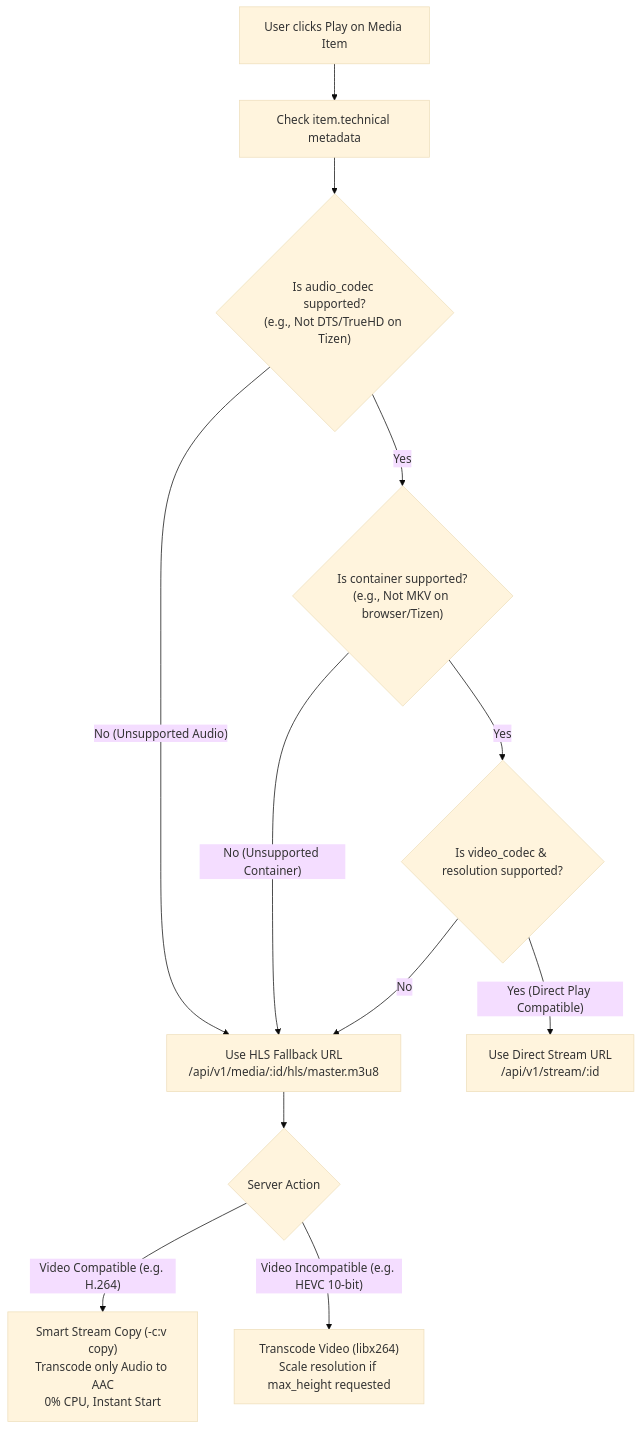
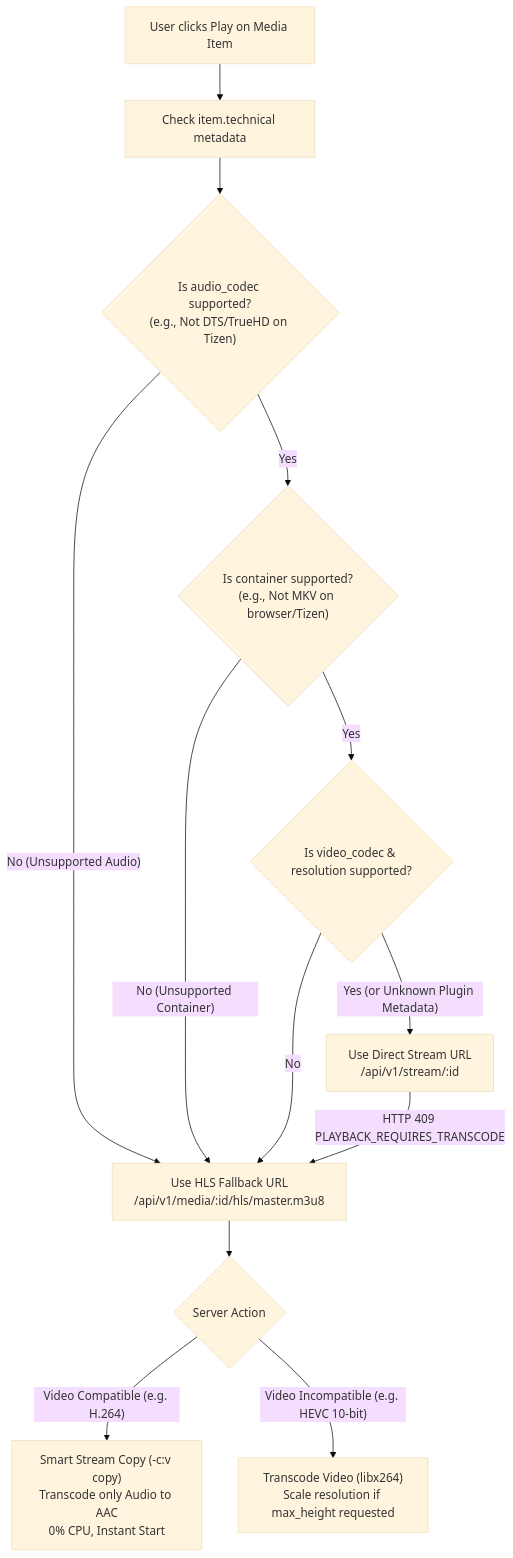
Before and after one commit to BooDy/kadr: the sixth of 10 diagrams in docs/CLIENT_GUIDE.md, drawn with Mermaid (base theme). The commit also changed other lines of this file, not shown here.

Commit message:
docs(client): document storyboard trickplay and plugin playback contracts since v0.1.3-alpha

````diff
--- a/docs/CLIENT_GUIDE.md
+++ b/docs/CLIENT_GUIDE.md
@@ -708,15 +760,16 @@
 ```mermaid
 flowchart TD
     Start["User clicks Play on Media Item"] --> FetchDetails["Check item.technical metadata"]
     FetchDetails --> CheckAudio{"Is audio_codec supported?<br/>(e.g., Not DTS/TrueHD on Tizen)"}
     CheckAudio -- "No (Unsupported Audio)" --> FallbackHLS["Use HLS Fallback URL<br/>/api/v1/media/:id/hls/master.m3u8"]
     CheckAudio -- "Yes" --> CheckContainer{"Is container supported?<br/>(e.g., Not MKV on browser/Tizen)"}
     CheckContainer -- "No (Unsupported Container)" --> FallbackHLS
     CheckContainer -- "Yes" --> CheckVideo{"Is video_codec & resolution supported?"}
     CheckVideo -- "No" --> FallbackHLS
-    CheckVideo -- "Yes (Direct Play Compatible)" --> DirectPlay["Use Direct Stream URL<br/>/api/v1/stream/:id"]
+    CheckVideo -- "Yes (or Unknown Plugin Metadata)" --> DirectPlay["Use Direct Stream URL<br/>/api/v1/stream/:id"]
+    DirectPlay -- "HTTP 409 PLAYBACK_REQUIRES_TRANSCODE" --> FallbackHLS
 
     FallbackHLS --> TranscodeMode{"Server Action"}
     TranscodeMode -->|"Video Compatible (e.g. H.264)"| SmartCopy["Smart Stream Copy (-c:v copy)<br/>Transcode only Audio to AAC<br/>0% CPU, Instant Start"]
     TranscodeMode -->|"Video Incompatible (e.g. HEVC 10-bit)"| FullTranscode["Transcode Video (libx264)<br/>Scale resolution if max_height requested"]
 ```
````
